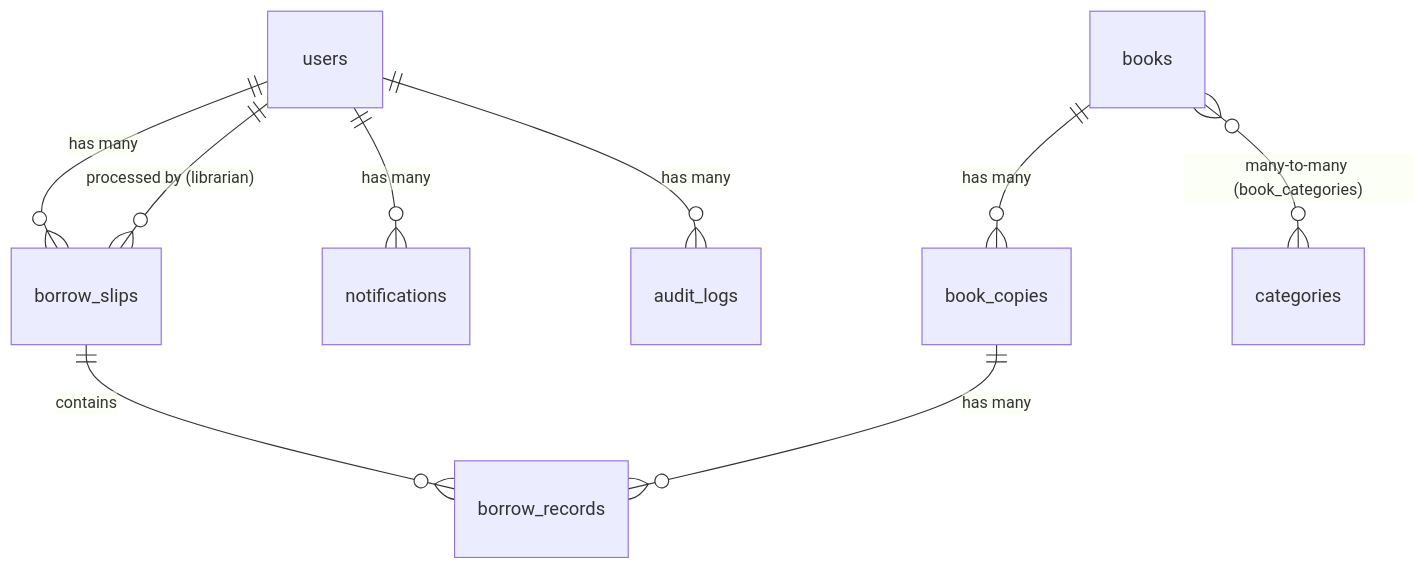
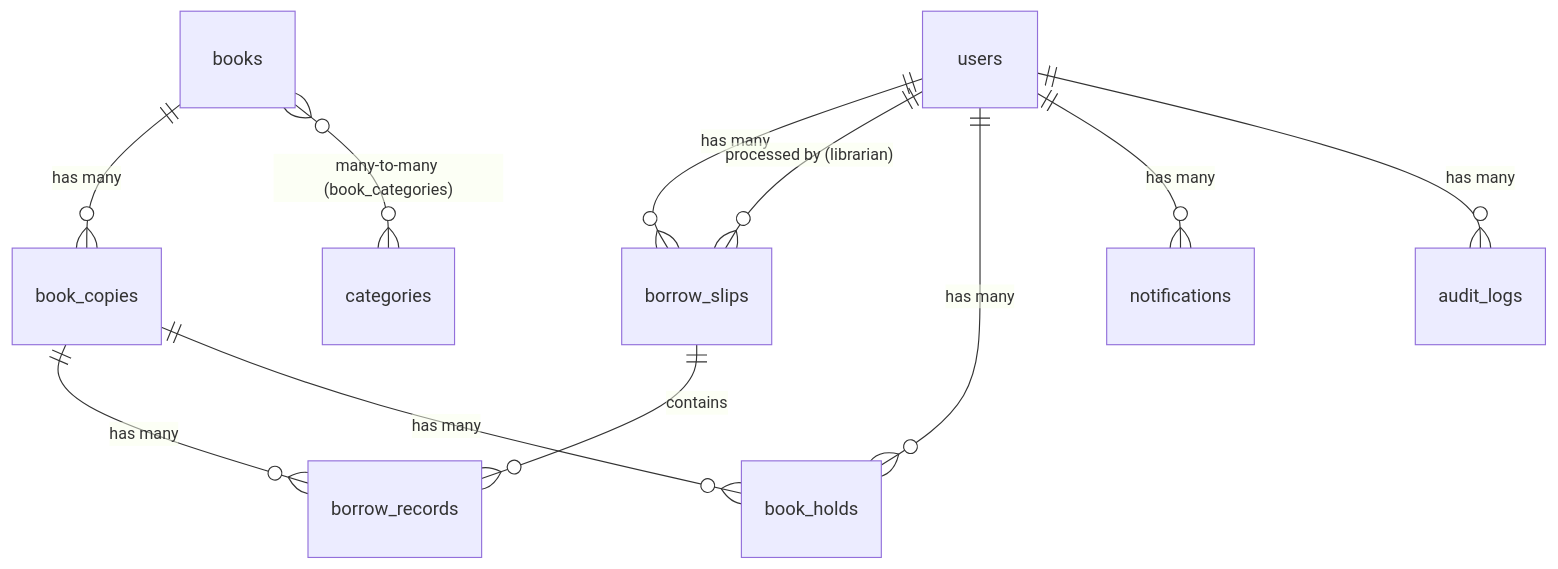
One commit to NHP234/ant changed the diagram in docs/DATABASE.md. Above: the diagram before and after it, drawn with Mermaid. The commit also changed other lines of this file and 30 other files, not shown here.

````diff
--- a/docs/DATABASE.md
+++ b/docs/DATABASE.md
@@ -7,11 +7,13 @@
 ```mermaid
 erDiagram
     users ||--o{ borrow_slips : "has many"
     users ||--o{ borrow_slips : "processed by (librarian)"
     borrow_slips ||--o{ borrow_records : "contains"
+    users ||--o{ book_holds : "has many"
     books ||--o{ book_copies : "has many"
     book_copies ||--o{ borrow_records : "has many"
+    book_copies ||--o{ book_holds : "has many"
     books }o--o{ categories : "many-to-many (book_categories)"
     users ||--o{ notifications : "has many"
     users ||--o{ audit_logs : "has many"
 ```
````
